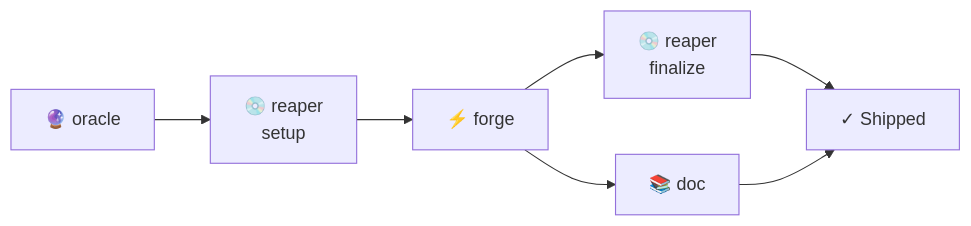
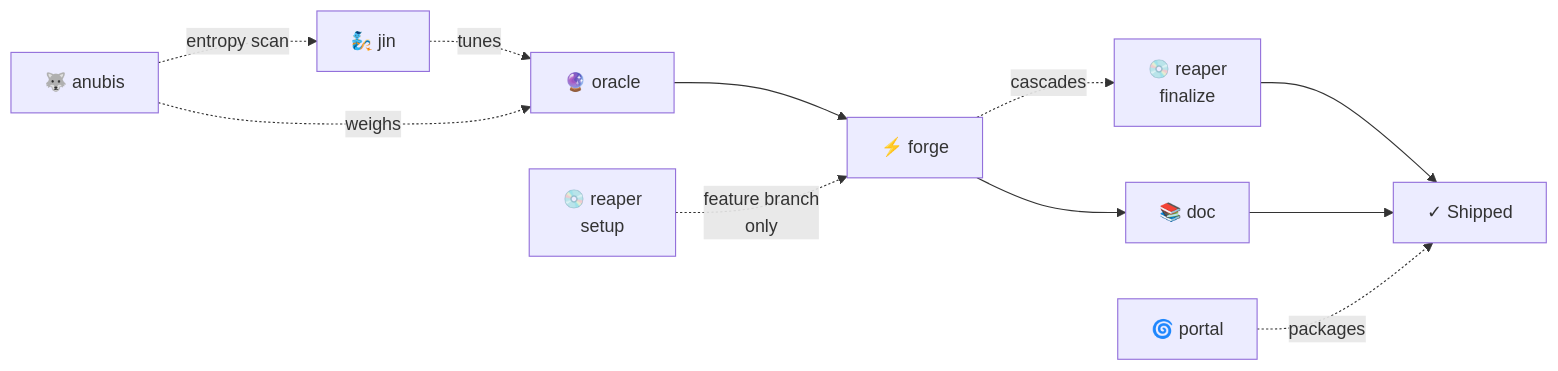
The first of 2 diagrams in pmo-coder/templates.md (verdey/claude-skills), drawn with Mermaid before and after one commit. The commit also changed other lines of this file and 8 other files, not shown here.

````diff
--- a/pmo-coder/templates.md
+++ b/pmo-coder/templates.md
@@ -23,9 +44,13 @@
 ```mermaid
 flowchart LR
-  O[🔮 oracle] --> RS[💿 reaper\nsetup]
-  RS --> F[⚡ forge]
-  F --> RF[💿 reaper\nfinalize]
+  O[🔮 oracle] --> F[⚡ forge]
+  F -. cascades .-> RF[💿 reaper\nfinalize]
   F --> D[📚 doc]
   RF --> DONE[✓ Shipped]
   D --> DONE
+  J[🧞 jin] -. tunes .-> O
+  P[🌀 portal] -. packages .-> DONE
+  RS[💿 reaper\nsetup] -. feature branch\nonly .-> F
+  AN[🐺 anubis] -. weighs .-> O
+  AN -. entropy scan .-> J
 ```
````
